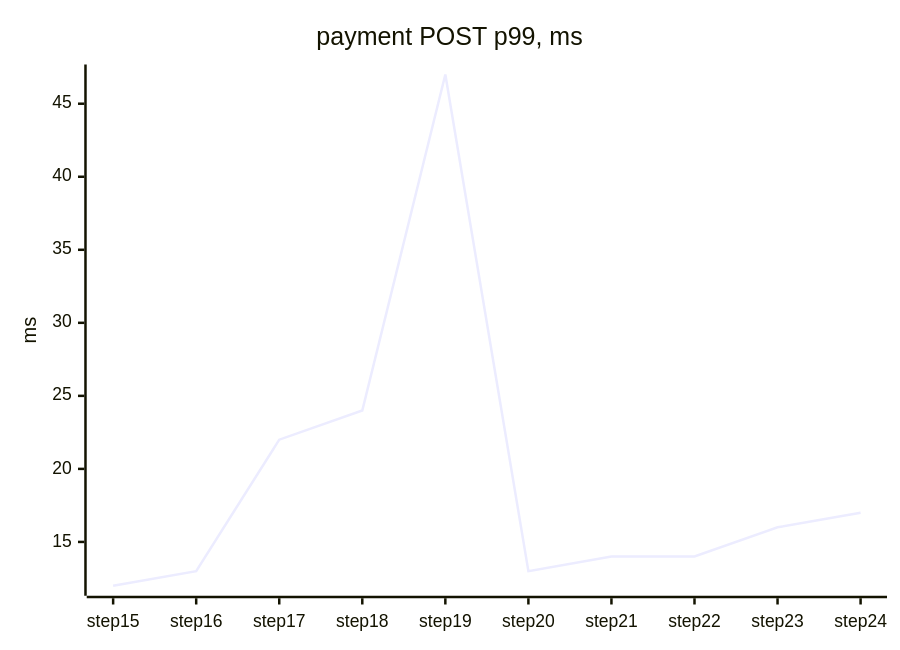
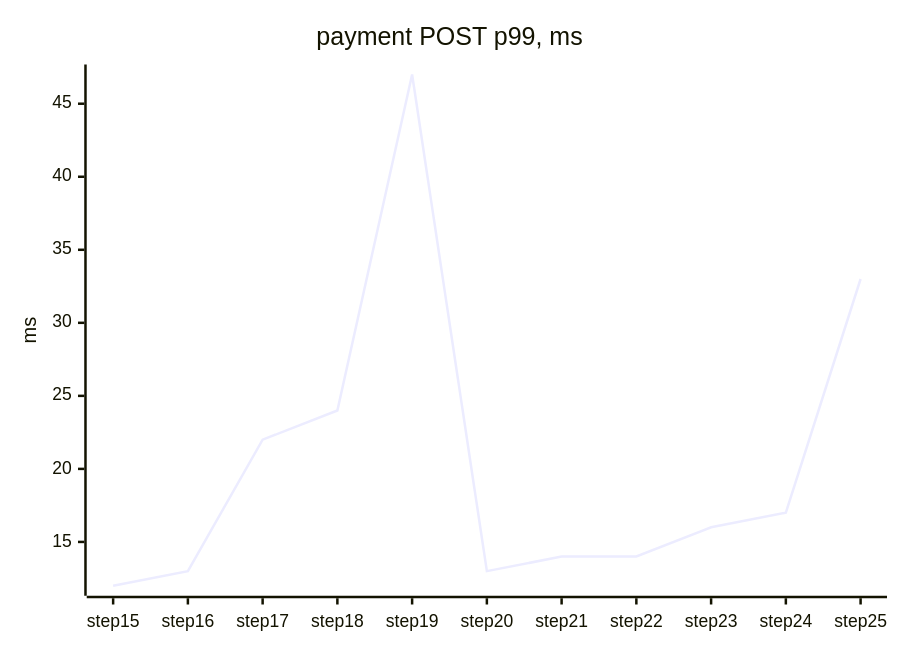
The third of 4 diagrams in docs/perf/README.md (tanvoid0/ledgerflow), drawn with Mermaid before and after one commit. The commit also changed other lines of this file and 7 other files, not shown here.

````diff
--- a/docs/perf/README.md
+++ b/docs/perf/README.md
@@ -100,7 +103,7 @@
 ```mermaid
 xychart-beta
     title "payment POST p99, ms"
-    x-axis ["step15", "step16", "step17", "step18", "step19", "step20", "step21", "step22", "step23", "step24"]
+    x-axis ["step15", "step16", "step17", "step18", "step19", "step20", "step21", "step22", "step23", "step24", "step25"]
     y-axis "ms"
-    line [12, 13, 22, 24, 47, 13, 14, 14, 16, 17]
+    line [12, 13, 22, 24, 47, 13, 14, 14, 16, 17, 33]
 ```
````
